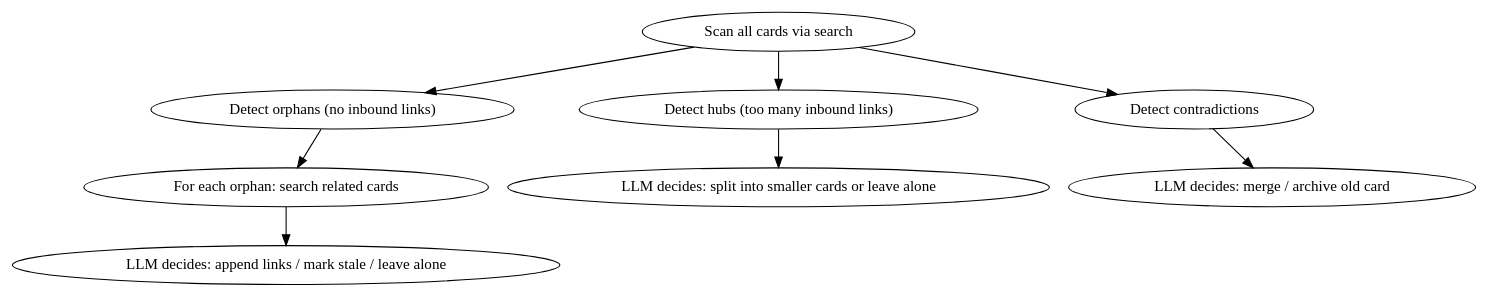
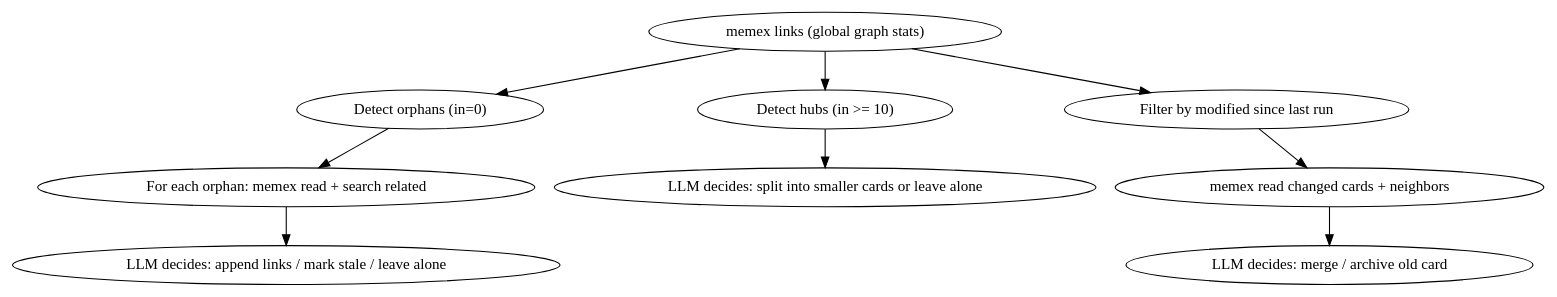
Before and after one commit to iamtouchskyer/memex: the third of 3 diagrams in docs/superpowers/specs/2026-03-18-memex-cli-design.md, drawn with Graphviz. The commit also changed other lines of this file, not shown here.

Commit message:
Fix spec inconsistencies: example, graph, last-run, hub threshold
- Add modified field to card schema example
- Update organize flow graph to use memex links command
- Define last-run state file (~/.memex/.last-organize)
- Set hub threshold to inbound >= 10

````diff
--- a/docs/superpowers/specs/2026-03-18-memex-cli-design.md
+++ b/docs/superpowers/specs/2026-03-18-memex-cli-design.md
@@ -247,11 +248,12 @@
 ```dot
 digraph organize {
-    "Scan all cards via search" -> "Detect orphans (no inbound links)";
-    "Detect orphans (no inbound links)" -> "For each orphan: search related cards";
-    "For each orphan: search related cards" -> "LLM decides: append links / mark stale / leave alone";
-    "Scan all cards via search" -> "Detect hubs (too many inbound links)";
-    "Detect hubs (too many inbound links)" -> "LLM decides: split into smaller cards or leave alone";
-    "Scan all cards via search" -> "Detect contradictions";
-    "Detect contradictions" -> "LLM decides: merge / archive old card";
+    "memex links (global graph stats)" -> "Detect orphans (in=0)";
+    "Detect orphans (in=0)" -> "For each orphan: memex read + search related";
+    "For each orphan: memex read + search related" -> "LLM decides: append links / mark stale / leave alone";
+    "memex links (global graph stats)" -> "Detect hubs (in >= 10)";
+    "Detect hubs (in >= 10)" -> "LLM decides: split into smaller cards or leave alone";
+    "memex links (global graph stats)" -> "Filter by modified since last run";
+    "Filter by modified since last run" -> "memex read changed cards + neighbors";
+    "memex read changed cards + neighbors" -> "LLM decides: merge / archive old card";
 }
 ```
````
